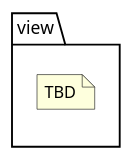
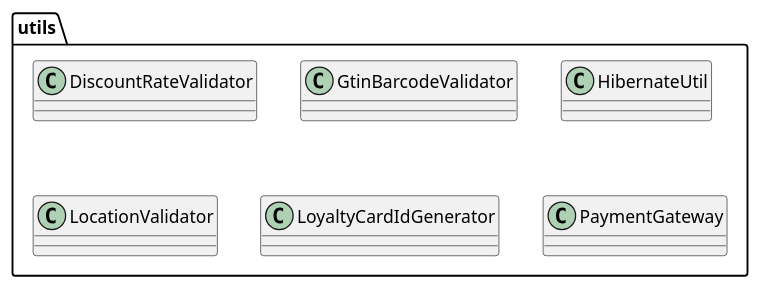
Before and after one commit to mspronesti/ezshop: the third of 10 diagrams in Deliverables/DesignDocument.md, drawn with PlantUML. The commit also changed other lines of this file and 4 other files, not shown here.

````diff
--- a/Deliverables/DesignDocument.md
+++ b/Deliverables/DesignDocument.md
@@ -331,7 +298,12 @@
 ```plantuml
 @startuml
-package view {
-note: TBD
+package utils {
+    class DiscountRateValidator
+    class GtinBarcodeValidator
+    class HibernateUtil
+    class LocationValidator
+    class LoyaltyCardIdGenerator
+    class PaymentGateway
 }
 @enduml
 ```
````
